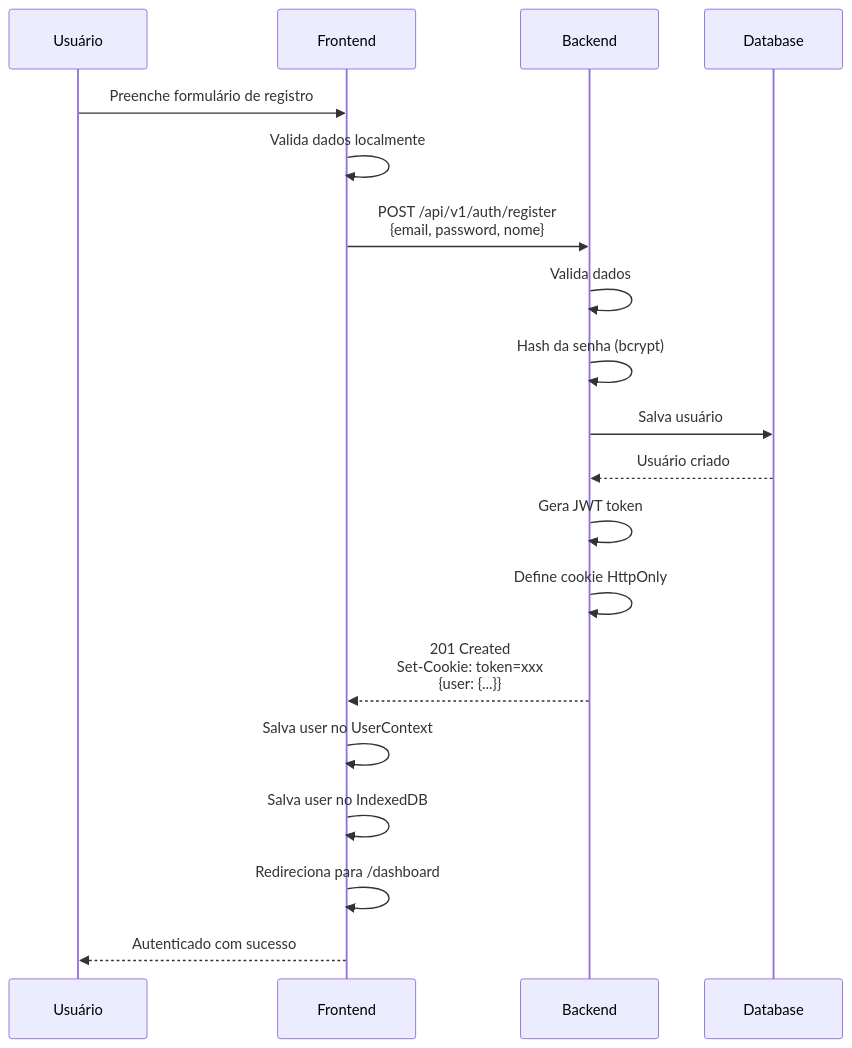
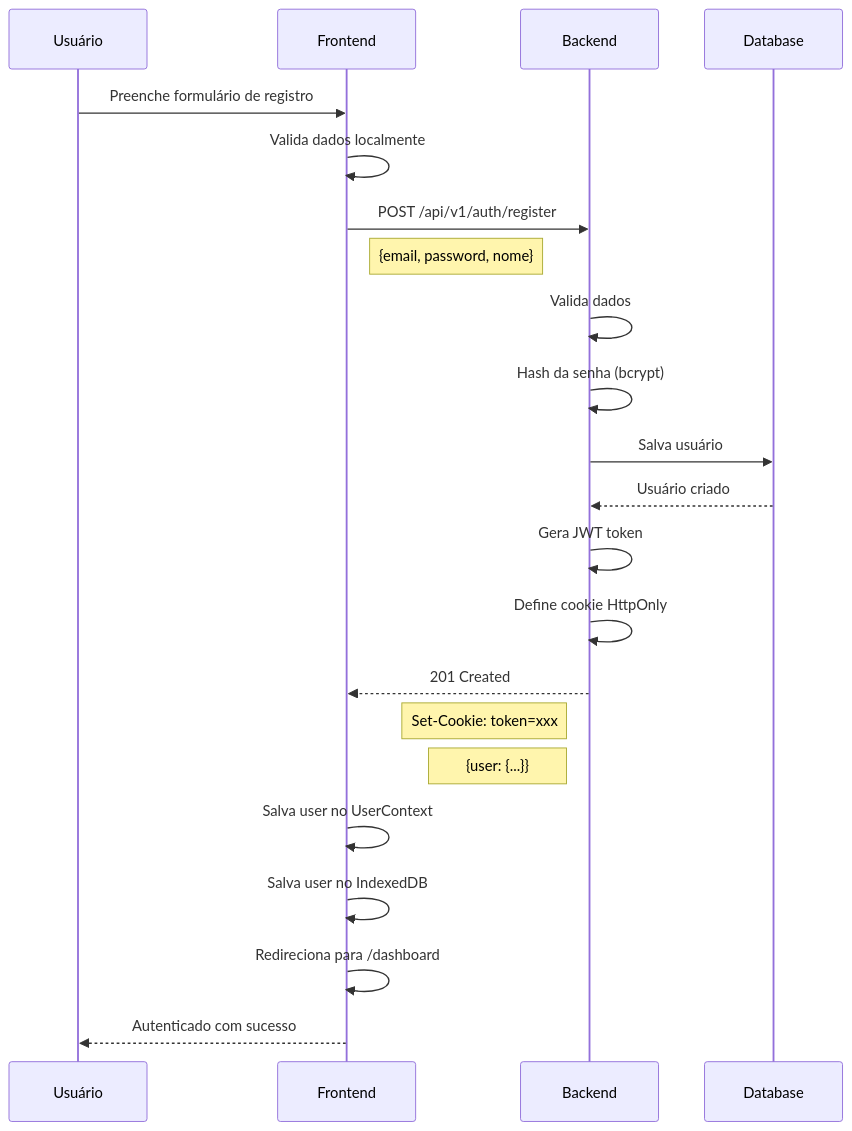
Before and after one commit to victorgmrqs/home-finance-frontend: the first of 5 diagrams in docs/AUTHENTICATION_FLOW.md, drawn with Mermaid. The commit also changed other lines of this file, not shown here.

Commit message:
feat: Add refresh token roadmap and update auth docs

````diff
--- a/docs/AUTHENTICATION_FLOW.md
+++ b/docs/AUTHENTICATION_FLOW.md
@@ -17,22 +40,25 @@
 ```mermaid
 sequenceDiagram
     participant U as Usuário
     participant F as Frontend
     participant B as Backend
     participant DB as Database
 
     U->>F: Preenche formulário de registro
     F->>F: Valida dados localmente
-    F->>B: POST /api/v1/auth/register<br/>{email, password, nome}
+    F->>B: POST /api/v1/auth/register
+    Note right of F: {email, password, nome}
     B->>B: Valida dados
     B->>B: Hash da senha (bcrypt)
     B->>DB: Salva usuário
     DB-->>B: Usuário criado
     B->>B: Gera JWT token
     B->>B: Define cookie HttpOnly
-    B-->>F: 201 Created<br/>Set-Cookie: token=xxx<br/>{user: {...}}
+    B-->>F: 201 Created
+    Note left of B: Set-Cookie: token=xxx
+    Note left of B: {user: {...}}
     F->>F: Salva user no UserContext
     F->>F: Salva user no IndexedDB
     F->>F: Redireciona para /dashboard
     F-->>U: Autenticado com sucesso
 ```
````
